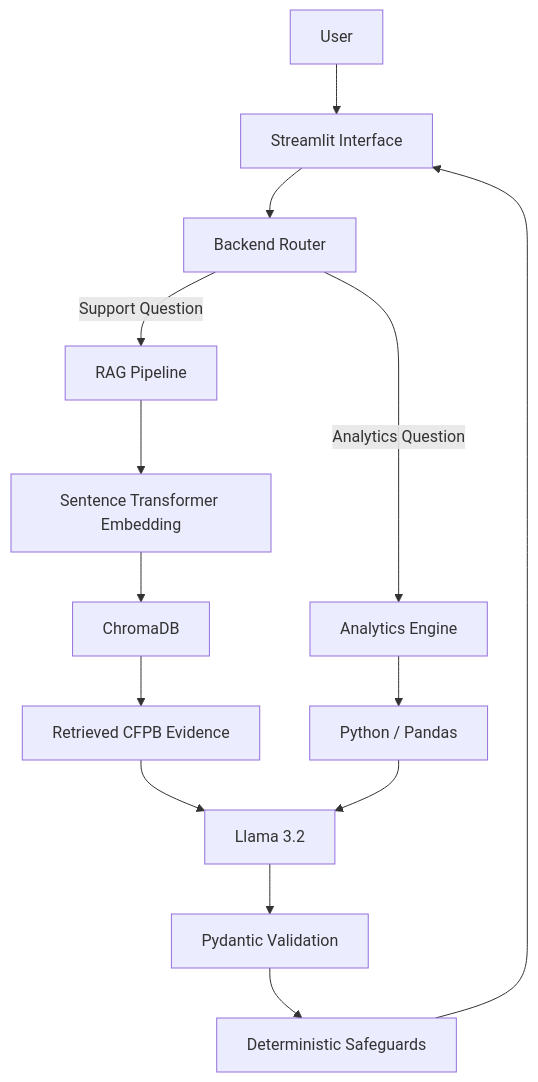
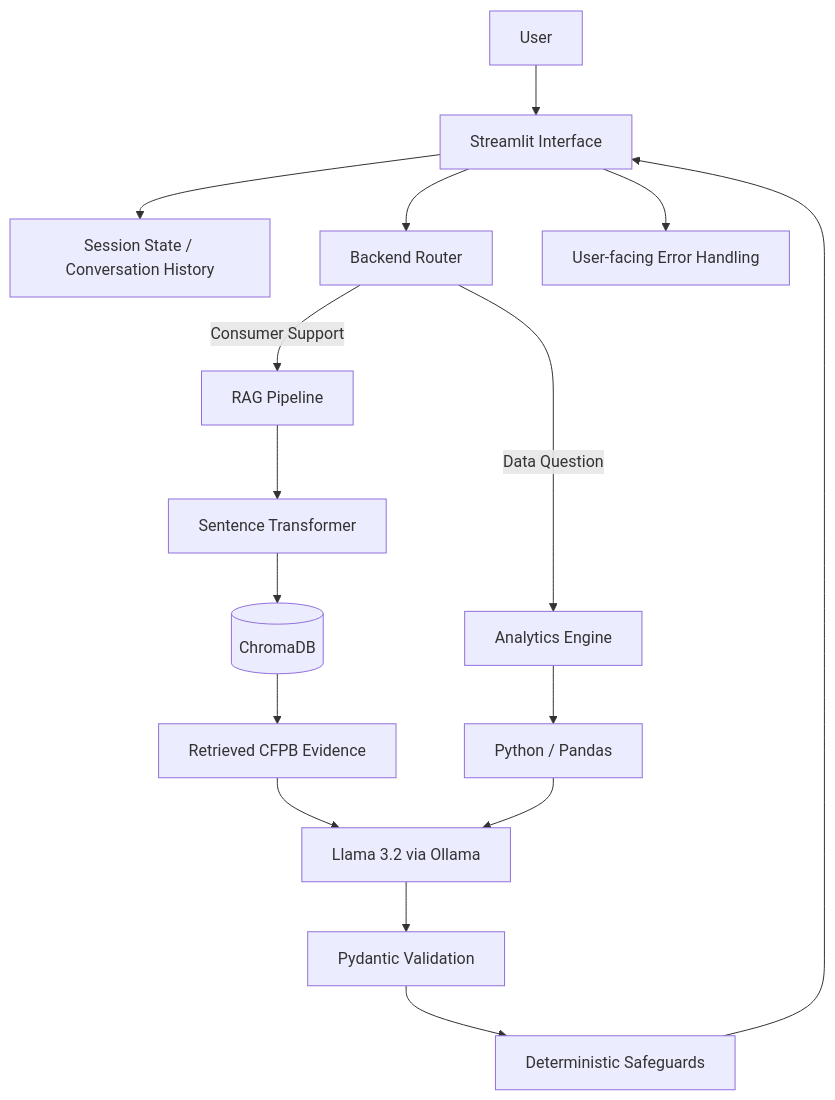
Before and after one commit to oheneba-oa/Consumer-Finance-Complaint-Intelligence-and-Support-System: the diagram in README.md, drawn with Mermaid. The commit also changed other lines of this file and 3 other files, not shown here.

````diff
--- a/README.md
+++ b/README.md
@@ -185,22 +302,25 @@
 ```mermaid
 flowchart TD
 
     U[User] --> UI[Streamlit Interface]
 
+    UI --> SS[Session State / Conversation History]
     UI --> B[Backend Router]
 
-    B -->|Support Question| R[RAG Pipeline]
-    B -->|Analytics Question| A[Analytics Engine]
+    B -->|Consumer Support| R[RAG Pipeline]
+    B -->|Data Question| A[Analytics Engine]
 
-    R --> E[Sentence Transformer Embedding]
-    E --> C[ChromaDB]
+    R --> E[Sentence Transformer]
+    E --> C[(ChromaDB)]
     C --> D[Retrieved CFPB Evidence]
-    D --> L[Llama 3.2]
+    D --> L[Llama 3.2 via Ollama]
 
     A --> P[Python / Pandas]
     P --> L
 
     L --> V[Pydantic Validation]
     V --> S[Deterministic Safeguards]
     S --> UI
+
+    UI --> ERR[User-facing Error Handling]
 ```
````
